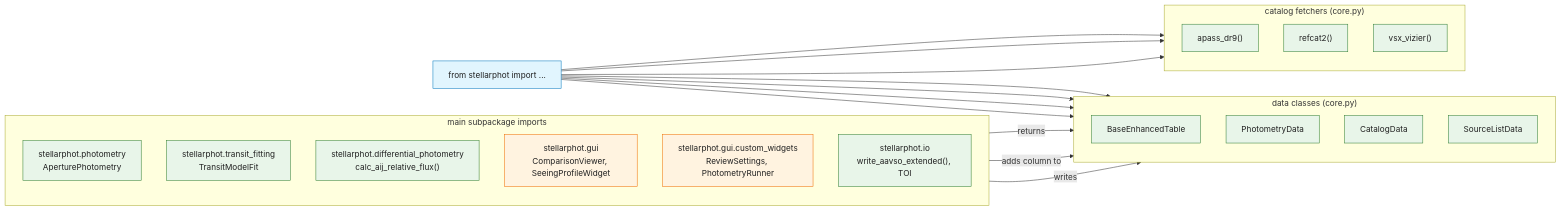
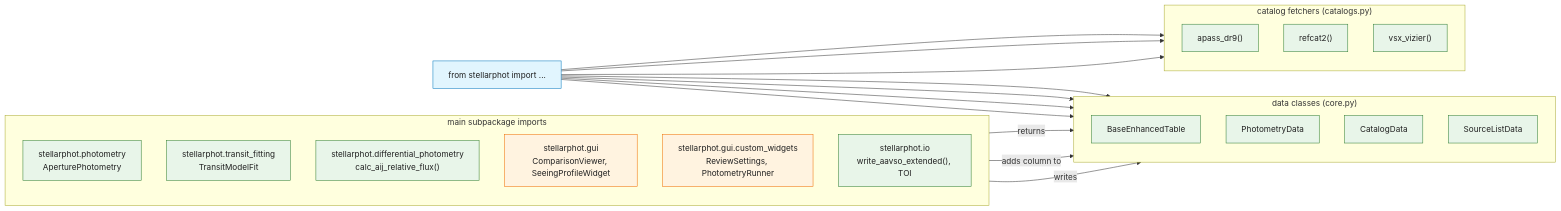
The third of 4 diagrams in docs/diagrams-02-entry-points.md (feder-observatory/stellarphot), drawn with Mermaid before and after one commit. The commit also changed other lines of this file and 12 other files, not shown here.

First line of the commit message:
Split catalog fetchers out of core.py into catalogs.py (#194)

````diff
--- a/docs/diagrams-02-entry-points.md
+++ b/docs/diagrams-02-entry-points.md
@@ -134,60 +134,60 @@
 ```mermaid
 flowchart LR
     classDef pkg fill:#e1f5fe,stroke:#0277bd,color:#212121
     classDef api fill:#e8f5e9,stroke:#2e7d32,color:#212121
     classDef widget fill:#fff3e0,stroke:#ef6c00,color:#212121
 
     top["from stellarphot import ..."]:::pkg
 
     subgraph sg_tables["data classes (core.py)"]
         direction TB
         bet["BaseEnhancedTable"]:::api
         pdata["PhotometryData"]:::api
         cdata["CatalogData"]:::api
         sldata["SourceListData"]:::api
     end
 
-    subgraph sg_cats["catalog fetchers (core.py)"]
+    subgraph sg_cats["catalog fetchers (catalogs.py)"]
         direction TB
         apass["apass_dr9()"]:::api
         refcat["refcat2()"]:::api
         vsx["vsx_vizier()"]:::api
     end
 
     top --> bet
     top --> pdata
     top --> cdata
     top --> sldata
     top --> apass
     top --> refcat
     top --> vsx
 
     subgraph sg_deep["main subpackage imports"]
         direction TB
         apphot["stellarphot.photometry<br/>AperturePhotometry"]:::api
         tmf["stellarphot.transit_fitting<br/>TransitModelFit"]:::api
         relflux["stellarphot.differential_photometry<br/>calc_aij_relative_flux()"]:::api
         cview["stellarphot.gui<br/>ComparisonViewer, SeeingProfileWidget"]:::widget
         rsw["stellarphot.gui.custom_widgets<br/>ReviewSettings, PhotometryRunner"]:::widget
         waavso["stellarphot.io<br/>write_aavso_extended(), TOI"]:::api
     end
 
     apphot -->|"returns"| pdata
     relflux -->|"adds column to"| pdata
     cview -->|"writes"| sldata
 
     click top href "../stellarphot/__init__.py" "stellarphot/__init__.py"
     click bet href "../stellarphot/core.py" "core.py"
     click pdata href "../stellarphot/core.py" "core.py"
     click cdata href "../stellarphot/core.py" "core.py"
     click sldata href "../stellarphot/core.py" "core.py"
-    click apass href "../stellarphot/core.py" "core.py"
-    click refcat href "../stellarphot/core.py" "core.py"
-    click vsx href "../stellarphot/core.py" "core.py"
+    click apass href "../stellarphot/catalogs.py" "catalogs.py"
+    click refcat href "../stellarphot/catalogs.py" "catalogs.py"
+    click vsx href "../stellarphot/catalogs.py" "catalogs.py"
     click apphot href "../stellarphot/photometry/photometry.py" "photometry.py"
     click tmf href "../stellarphot/transit_fitting/core.py" "transit_fitting/core.py"
     click relflux href "../stellarphot/differential_photometry/aij_rel_fluxes.py" "aij_rel_fluxes.py"
     click cview href "../stellarphot/gui/" "gui/"
     click rsw href "../stellarphot/gui/custom_widgets.py" "custom_widgets.py"
     click waavso href "../stellarphot/io/" "io/"
 ```
````
